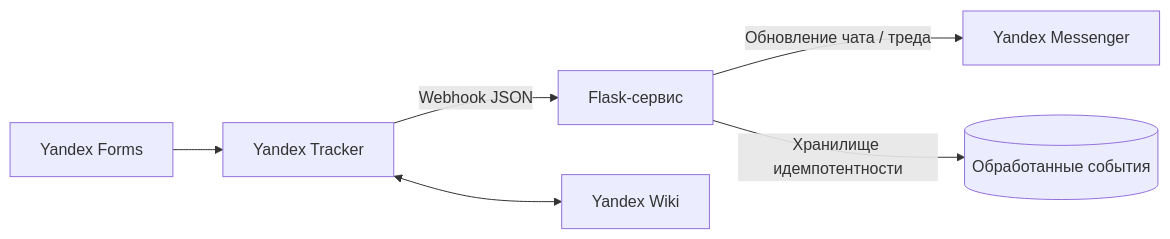
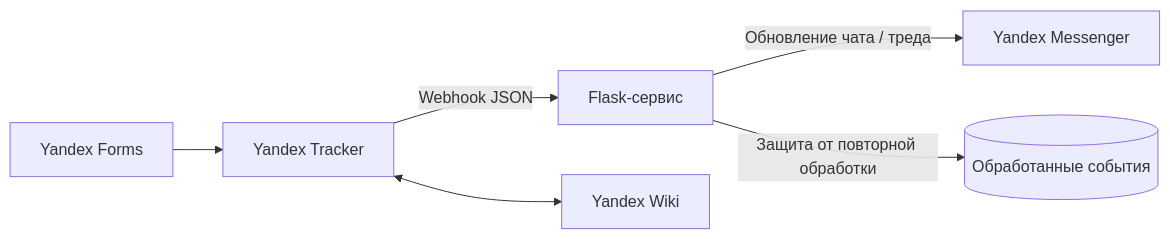
The diagram in README.md (tdelfin38-web/operations-automation), drawn with Mermaid before and after one commit. The commit also changed other lines of this file, not shown here.

````diff
--- a/README.md
+++ b/README.md
@@ -15,8 +42,8 @@
 ```mermaid
 flowchart LR
     F[Yandex Forms] --> T[Yandex Tracker]
     T -->|Webhook JSON| B[Flask-сервис]
     B -->|Обновление чата / треда| M[Yandex Messenger]
     T <--> W[Yandex Wiki]
-    B -->|Хранилище идемпотентности| D[(Обработанные события)]
+    B -->|Защита от повторной обработки| D[(Обработанные события)]
 ```
````
